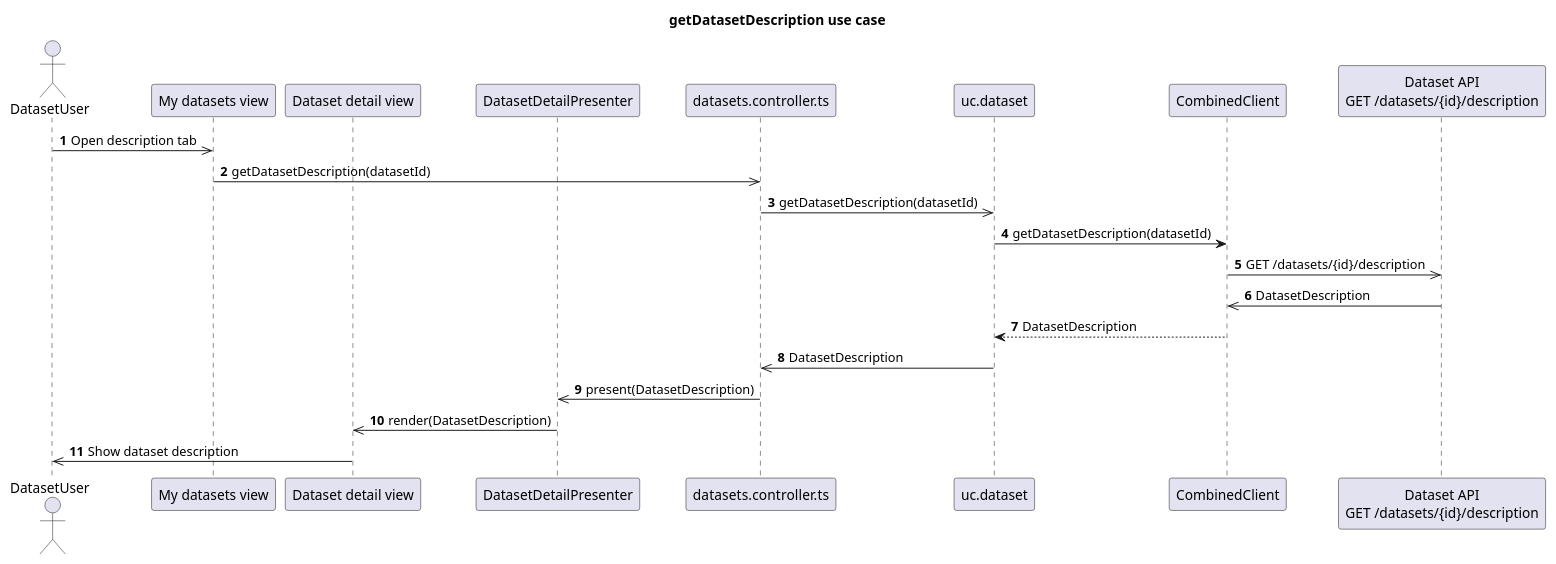
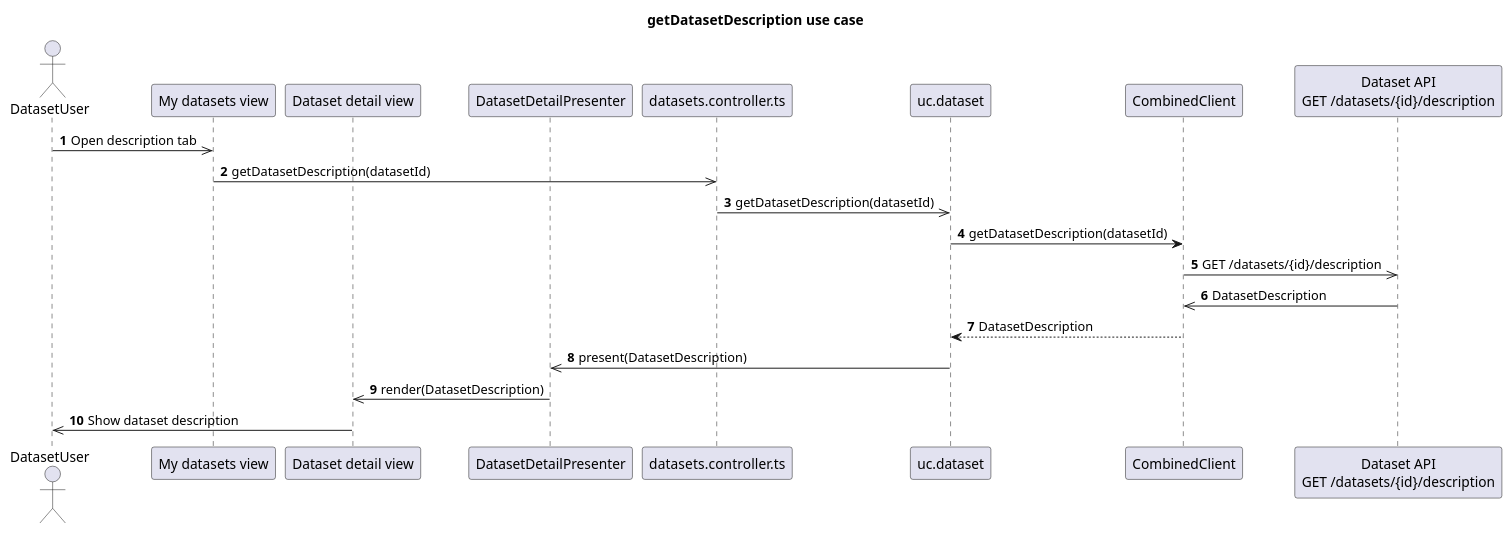
The diagram in diagrams/sequence/getDatasetDescription.puml (POP2025-EEPW/doorce-frontend), drawn with PlantUML before and after one commit.

Commit message:
fix: small fix diagram

```diff
--- a/diagrams/sequence/getDatasetDescription.puml
+++ b/diagrams/sequence/getDatasetDescription.puml
@@ -1,27 +1,26 @@
 @startuml
 title getDatasetDescription use case
 autonumber
 
 actor DatasetUser as User
 
 participant "My datasets view" as DatasetsView
 participant "Dataset detail view" as View
 participant "DatasetDetailPresenter" as Presenter
 participant "datasets.controller.ts" as Controller
 participant "uc.dataset" as UseCase
 participant "CombinedClient" as Client
 participant "Dataset API\nGET /datasets/{id}/description" as Http
 
 User ->> DatasetsView : Open description tab
 DatasetsView ->> Controller : getDatasetDescription(datasetId)
 Controller ->> UseCase : getDatasetDescription(datasetId)
 UseCase -> Client : getDatasetDescription(datasetId)
 Client ->> Http : GET /datasets/{id}/description
 Http ->> Client : DatasetDescription
 Client --> UseCase : DatasetDescription
-UseCase ->> Controller : DatasetDescription
-Controller ->> Presenter : present(DatasetDescription)
+UseCase ->> Presenter : present(DatasetDescription)
 Presenter ->> View : render(DatasetDescription)
 View ->> User : Show dataset description
 
 @enduml
```
